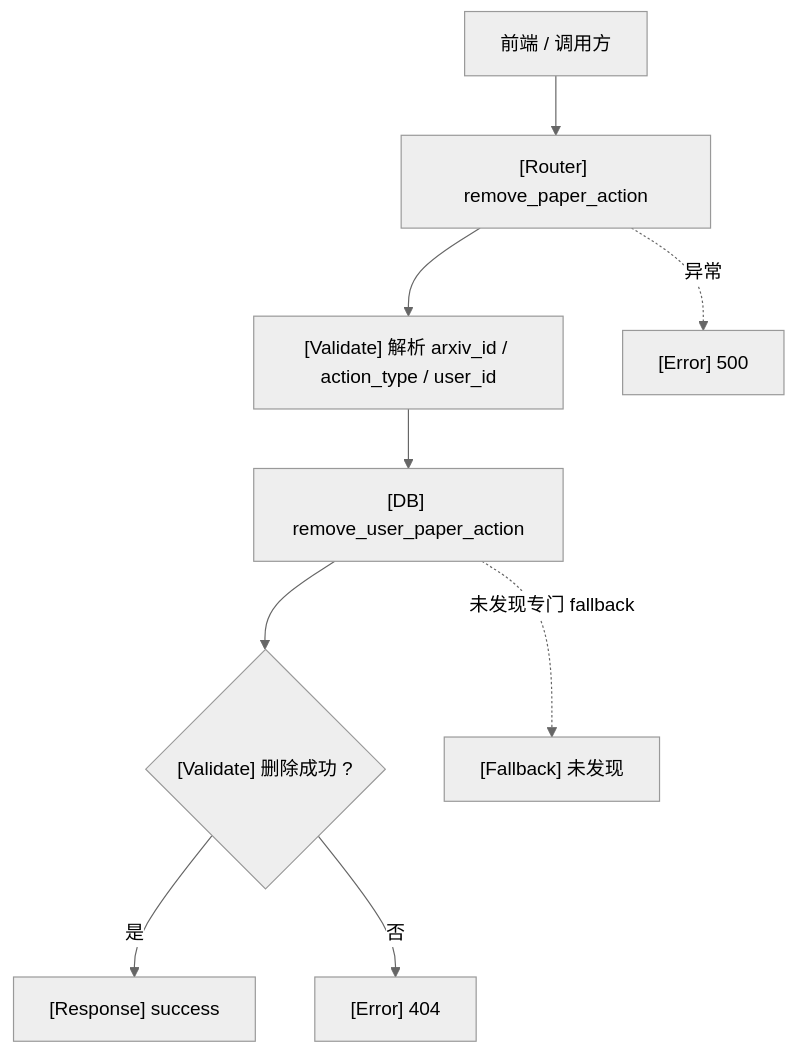
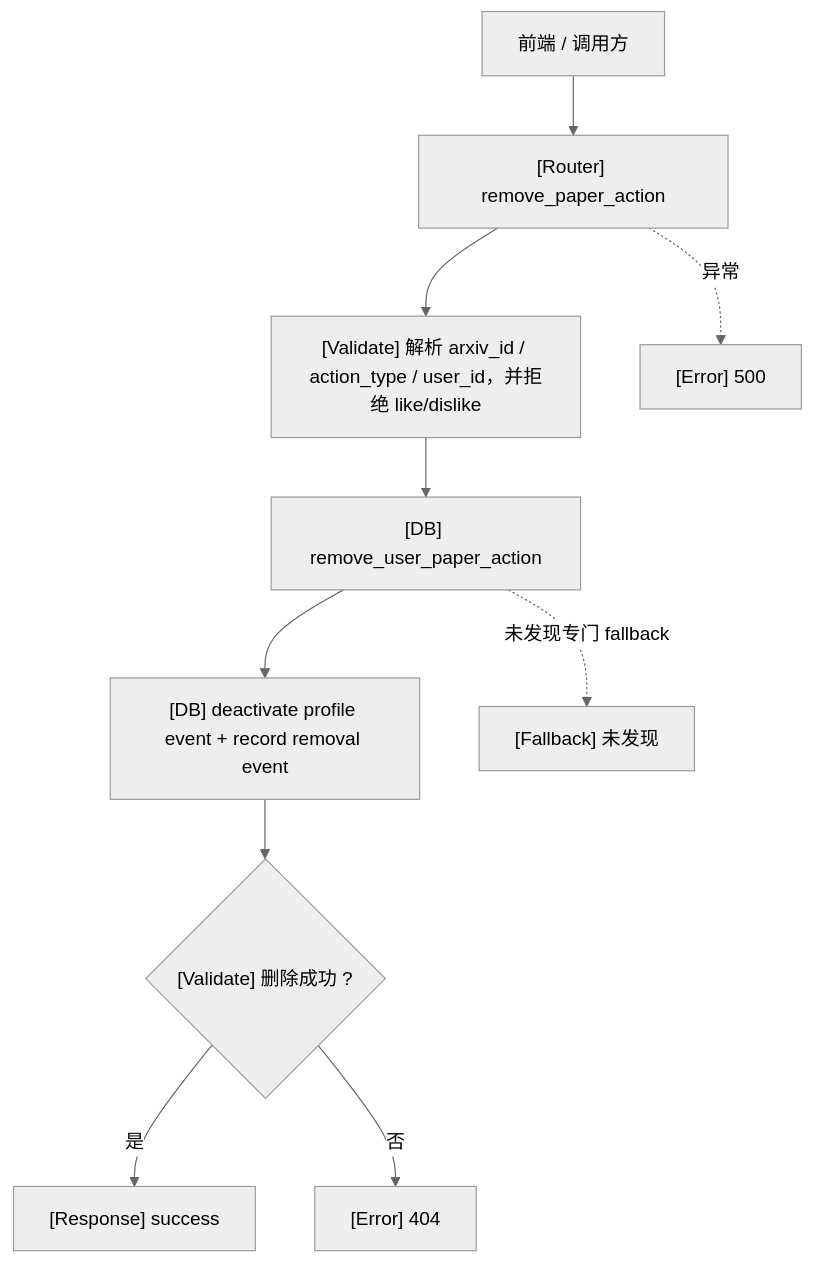
One commit to PolarisSun729/arxiv-research-agent changed the seventh of 16 diagrams in docs/architecture/routers/user_router_flow.md. Above: the diagram before and after it, drawn with Mermaid (neutral theme). The commit also changed other lines of this file and 75 other files, not shown here.

````diff
--- a/docs/architecture/routers/user_router_flow.md
+++ b/docs/architecture/routers/user_router_flow.md
@@ -443,11 +440,12 @@
 ```mermaid
 flowchart TD
     A["前端 / 调用方"] --> B["[Router] remove_paper_action"]
-    B --> C["[Validate] 解析 arxiv_id / action_type / user_id"]
+    B --> C["[Validate] 解析 arxiv_id / action_type / user_id，并拒绝 like/dislike"]
     C --> D["[DB] remove_user_paper_action"]
-    D --> E{"[Validate] 删除成功 ?"}
+    D --> D1["[DB] deactivate profile event + record removal event"]
+    D1 --> E{"[Validate] 删除成功 ?"}
     E -->|是| F["[Response] success"]
     E -->|否| G["[Error] 404"]
     B -. 异常 .-> H["[Error] 500"]
     D -. 未发现专门 fallback .-> I["[Fallback] 未发现"]
 ```
````
